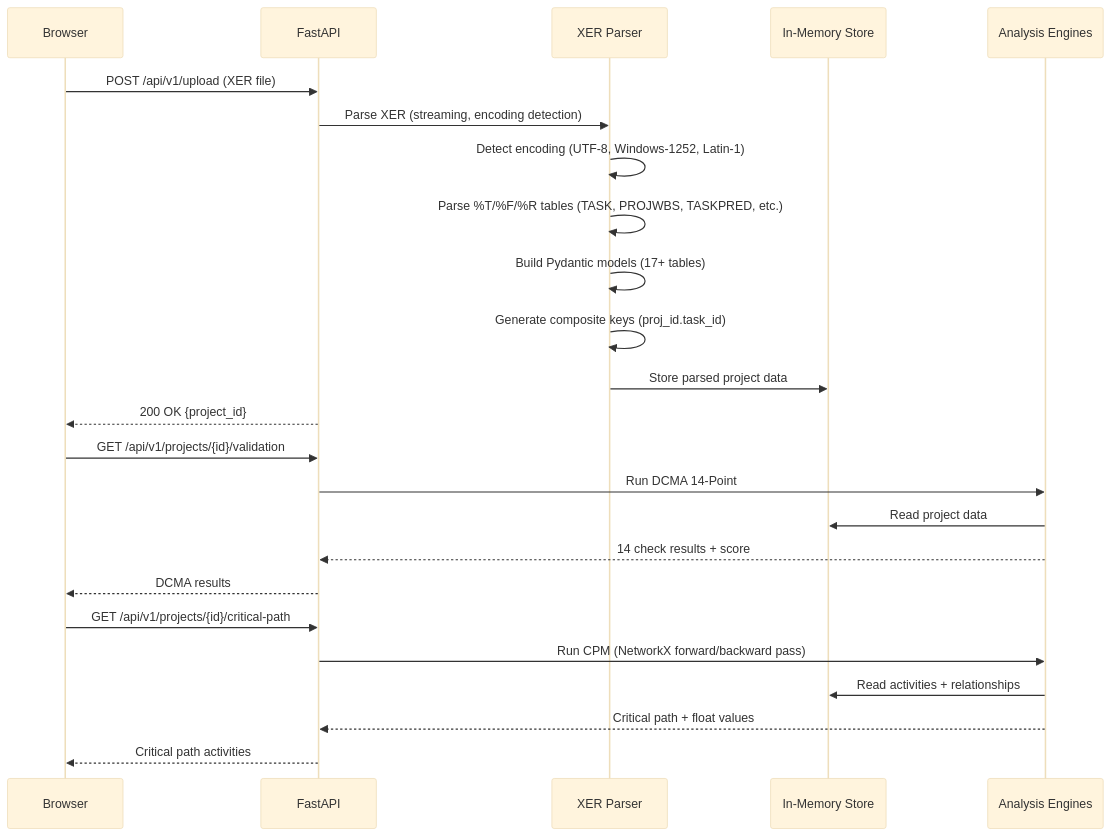
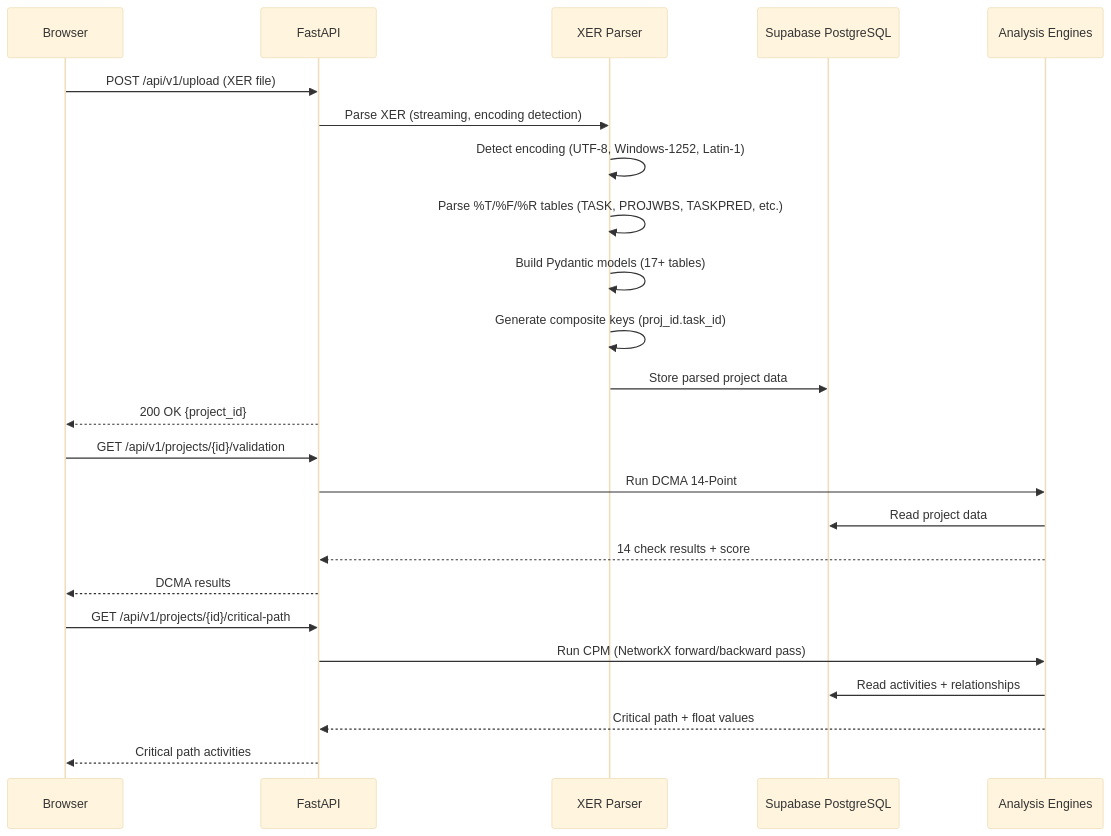
Before and after one commit to VitorMRodovalho/meridianiq: the second of 7 diagrams in docs/architecture.md, drawn with Mermaid (base theme). The commit also changed other lines of this file and 103 other files, not shown here.

````diff
--- a/docs/architecture.md
+++ b/docs/architecture.md
@@ -71,29 +82,29 @@
 ```mermaid
 sequenceDiagram
     participant B as Browser
     participant A as FastAPI
     participant P as XER Parser
-    participant S as In-Memory Store
+    participant S as Supabase PostgreSQL
     participant E as Analysis Engines
 
     B->>A: POST /api/v1/upload (XER file)
     A->>P: Parse XER (streaming, encoding detection)
     P->>P: Detect encoding (UTF-8, Windows-1252, Latin-1)
     P->>P: Parse %T/%F/%R tables (TASK, PROJWBS, TASKPRED, etc.)
     P->>P: Build Pydantic models (17+ tables)
     P->>P: Generate composite keys (proj_id.task_id)
     P->>S: Store parsed project data
     A-->>B: 200 OK {project_id}
 
     B->>A: GET /api/v1/projects/{id}/validation
     A->>E: Run DCMA 14-Point
     E->>S: Read project data
     E-->>A: 14 check results + score
     A-->>B: DCMA results
 
     B->>A: GET /api/v1/projects/{id}/critical-path
     A->>E: Run CPM (NetworkX forward/backward pass)
     E->>S: Read activities + relationships
     E-->>A: Critical path + float values
     A-->>B: Critical path activities
 ```
````
